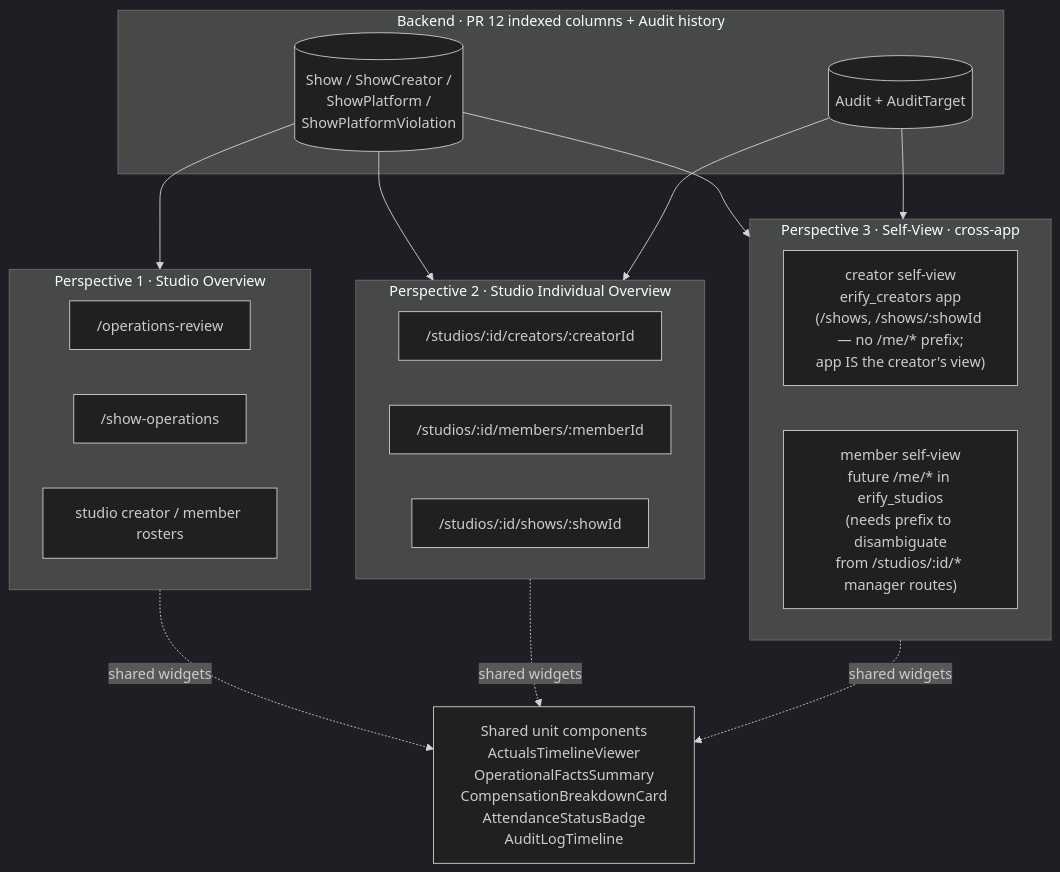
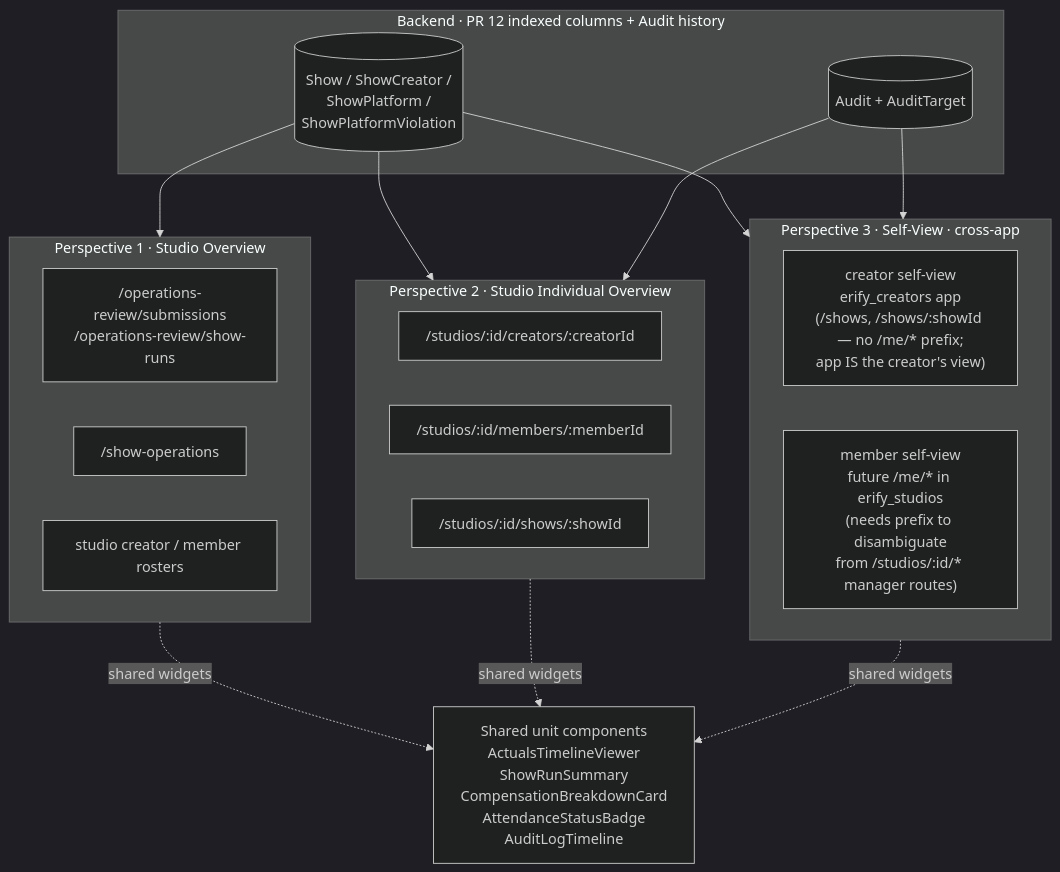
The fifth of 5 diagrams in apps/erify_api/docs/design/TASK_INPUT_FACT_BINDING_DESIGN.md (allenlin90/eridu-services), drawn with Mermaid (dark theme) before and after one commit. The commit also changed other lines of this file and 16 other files, not shown here.

Commit message:
refactor(studios): split operations review pages

````diff
--- a/apps/erify_api/docs/design/TASK_INPUT_FACT_BINDING_DESIGN.md
+++ b/apps/erify_api/docs/design/TASK_INPUT_FACT_BINDING_DESIGN.md
@@ -419,36 +419,36 @@
 ```mermaid
 flowchart TB
     subgraph BE[Backend · PR 12 indexed columns + Audit history]
         IDX[(Show / ShowCreator /<br/>ShowPlatform /<br/>ShowPlatformViolation)]
         AUDIT[(Audit + AuditTarget)]
     end
 
     subgraph P1[Perspective 1 · Studio Overview]
-        SO1["/operations-review"]
+        SO1["/operations-review/submissions<br/>/operations-review/show-runs"]
         SO2["/show-operations"]
         SO3["studio creator / member rosters"]
     end
 
     subgraph P2[Perspective 2 · Studio Individual Overview]
         SI1["/studios/:id/creators/:creatorId"]
         SI2["/studios/:id/members/:memberId"]
         SI3["/studios/:id/shows/:showId"]
     end
 
     subgraph P3[Perspective 3 · Self-View · cross-app]
         ME1["creator self-view<br/>erify_creators app<br/>(/shows, /shows/:showId — no /me/* prefix;<br/>app IS the creator's view)"]
         ME2["member self-view<br/>future /me/* in erify_studios<br/>(needs prefix to disambiguate<br/>from /studios/:id/* manager routes)"]
     end
 
     IDX --> P1
     IDX --> P2
     IDX --> P3
     AUDIT --> P2
     AUDIT --> P3
 
     P1 -. shared widgets .-> W
     P2 -. shared widgets .-> W
     P3 -. shared widgets .-> W
 
-    W["Shared unit components<br/>ActualsTimelineViewer<br/>OperationalFactsSummary<br/>CompensationBreakdownCard<br/>AttendanceStatusBadge<br/>AuditLogTimeline"]
+    W["Shared unit components<br/>ActualsTimelineViewer<br/>ShowRunSummary<br/>CompensationBreakdownCard<br/>AttendanceStatusBadge<br/>AuditLogTimeline"]
 ```
````
